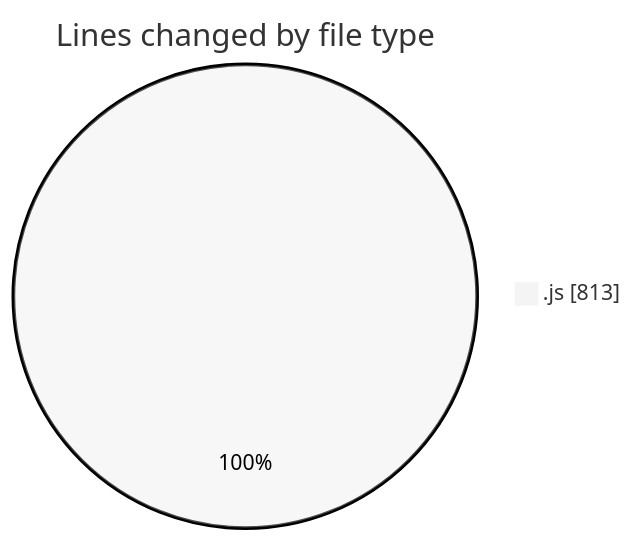
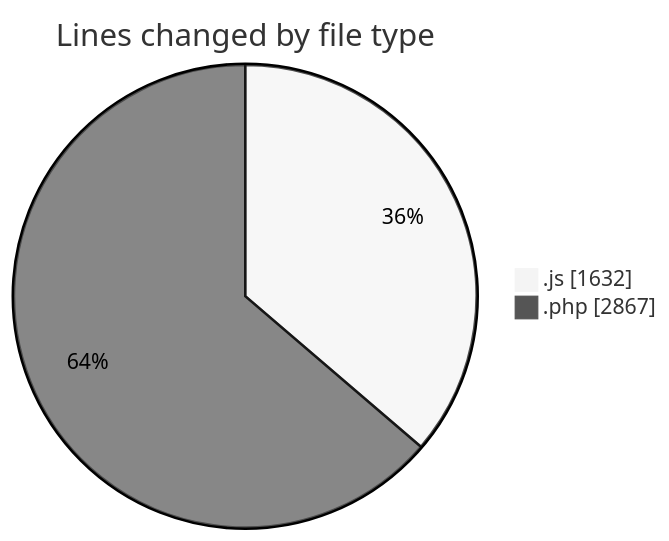
One commit to debugP/code-tracking changed the first of 2 diagrams in 2026-10-21/untitled__workspace_/README.md. Above: the diagram before and after it, drawn with Mermaid (neutral theme). The commit also changed other lines of this file and 1 other file, not shown here.

````diff
--- a/2026-10-21/untitled__workspace_/README.md
+++ b/2026-10-21/untitled__workspace_/README.md
@@ -20,5 +21,6 @@
 ```mermaid
 pie showData
 title Lines changed by file type
-".js" : 813
+".js" : 1632
+".php" : 2867
 ```
````
